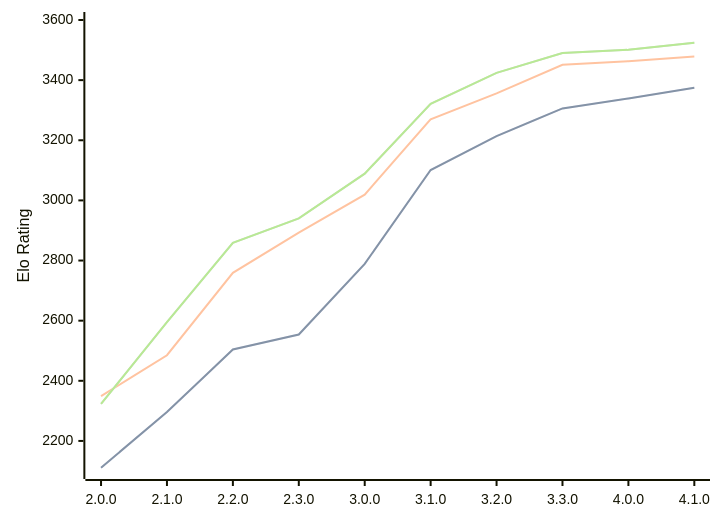
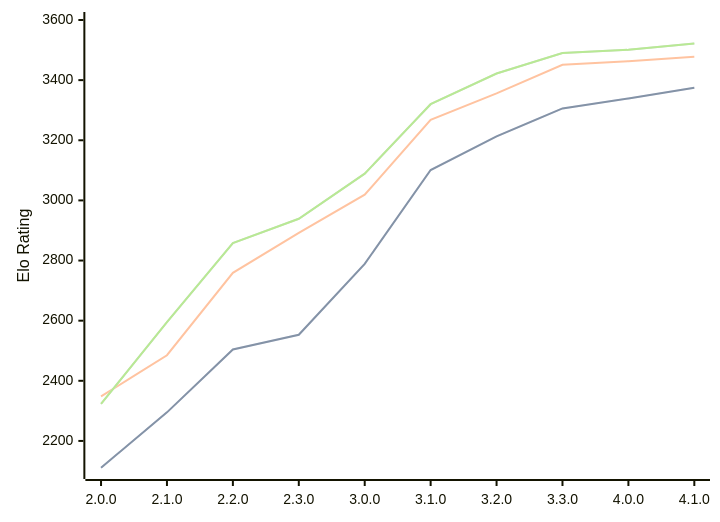
The diagram in engines/Raphael.md (computer-chess-index/cci), drawn with Mermaid before and after one commit. The commit also changed other lines of this file, not shown here.

Commit message:
Update CCI Ratings (ELO VLTC) - 2026-06-10

````diff
--- a/engines/Raphael.md
+++ b/engines/Raphael.md
@@ -52,11 +52,11 @@
 ```mermaid
 %%{init: {"theme":"base","themeVariables":{"seriesColors:['#a3a3a3','#222221','#faa371']}}}%%
 xychart-beta
   x-axis ["2.0.0", "2.1.0", "2.2.0", "2.3.0", "3.0.0", "3.1.0", "3.2.0", "3.3.0", "4.0.0", "4.1.0"]
   y-axis "Elo Rating" 2100 --> 3600
-  line "STC (8.0+0.08s)" [2111, 2296, 2504, 2554, 2789, 3101, 3214, 3306, 3339, 3375]
-  line "STC (8.0+0.08s)" [2111, 2296, 2504, 2554, 2789, 3101, 3214, 3306, 3339, 3375]
-  line "LTC (60.0+0.60s)" [2349, 2485, 2759, 2893, 3019, 3270, 3356, 3451, 3463, 3479]
-  line "VLTC (2m24s+1.12s)" [2323, 2595, 2859, 2940, 3089, 3321, 3424, 3490, 3501, 3524]
-  line "VLTC (2m24s+1.12s)" [2323, 2595, 2859, 2940, 3089, 3321, 3424, 3490, 3501, 3524]
+  line "STC (8.0+0.08s)" [2111, 2295, 2504, 2553, 2789, 3101, 3213, 3306, 3339, 3375]
+  line "STC (8.0+0.08s)" [2111, 2295, 2504, 2553, 2789, 3101, 3213, 3306, 3339, 3375]
+  line "LTC (60.0+0.60s)" [2348, 2485, 2759, 2892, 3019, 3268, 3356, 3451, 3463, 3478]
+  line "VLTC (2m24s+1.12s)" [2323, 2595, 2858, 2939, 3089, 3320, 3422, 3490, 3501, 3522]
+  line "VLTC (2m24s+1.12s)" [2323, 2595, 2858, 2939, 3089, 3320, 3422, 3490, 3501, 3522]
 ```
````
